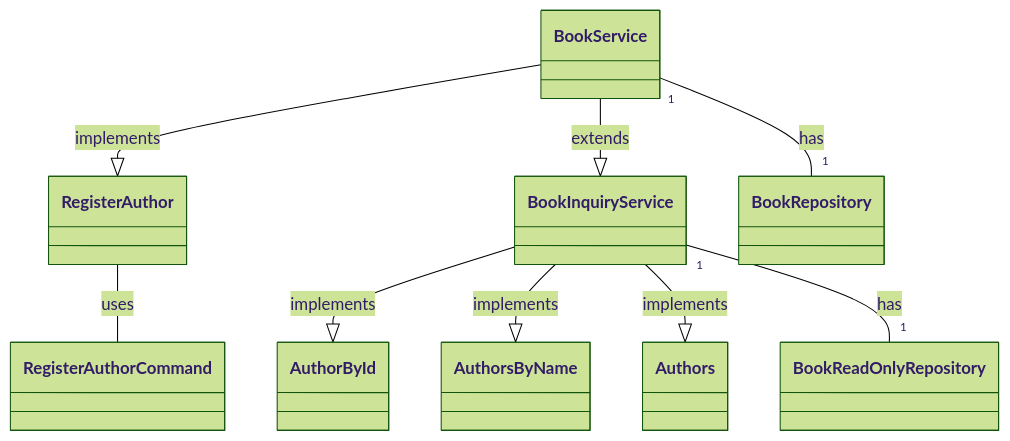
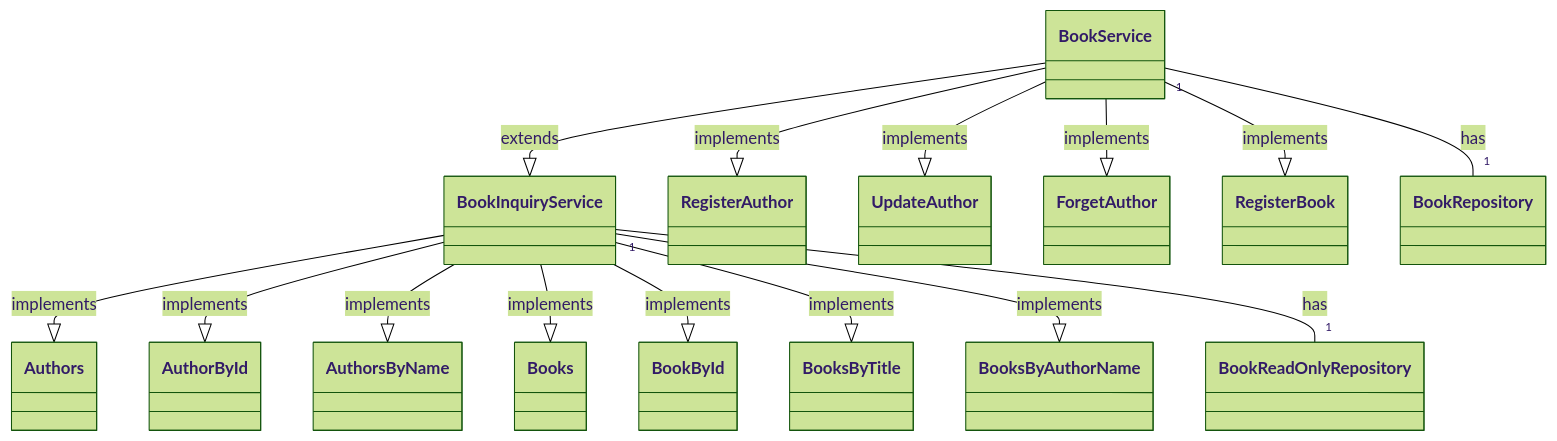
The second of 3 diagrams in README.md (z669016/mybooks), drawn with Mermaid (forest theme) before and after one commit. The commit also changed other lines of this file and 3 other files, not shown here.

````diff
--- a/README.md
+++ b/README.md
@@ -16,13 +17,18 @@
 ```mermaid
 classDiagram
+    BookInquiryService --|> Authors: implements
     BookInquiryService --|> AuthorById: implements
     BookInquiryService --|> AuthorsByName: implements
-    BookInquiryService --|> Authors: implements
+    BookInquiryService --|> Books: implements
+    BookInquiryService --|> BookById: implements
+    BookInquiryService --|> BooksByTitle: implements
+    BookInquiryService --|> BooksByAuthorName: implements
+    BookService --|> BookInquiryService: extends
     BookService --|> RegisterAuthor: implements
-    BookService --|> BookInquiryService: extends
+    BookService --|> UpdateAuthor: implements
+    BookService --|> ForgetAuthor: implements
+    BookService --|> RegisterBook: implements
     
-    RegisterAuthor -- RegisterAuthorCommand: uses
-
     BookInquiryService "1" -- "1" BookReadOnlyRepository: has
     BookService "1" -- "1" BookRepository: has
 ```
````
